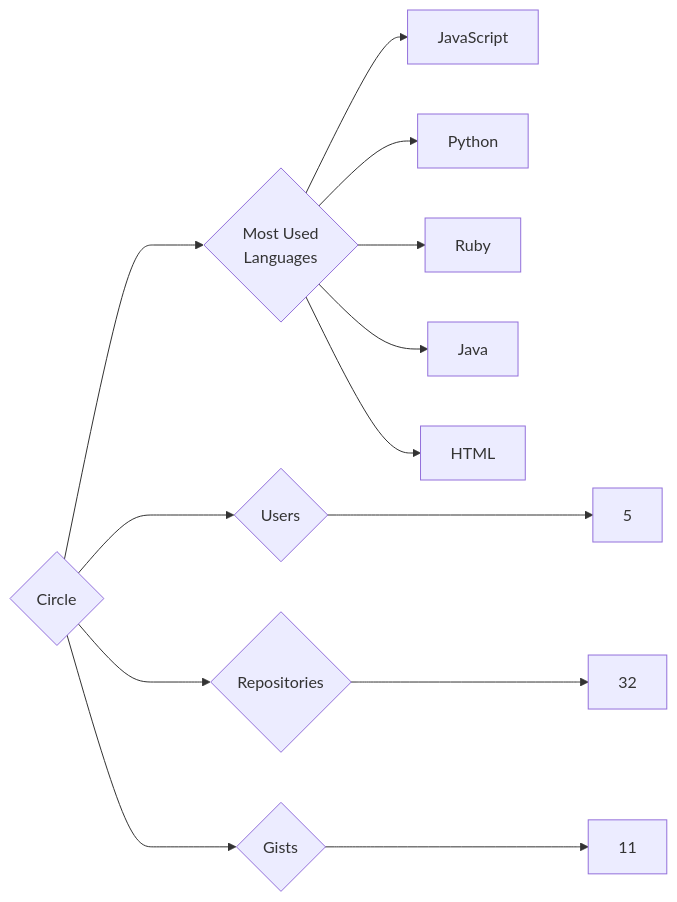
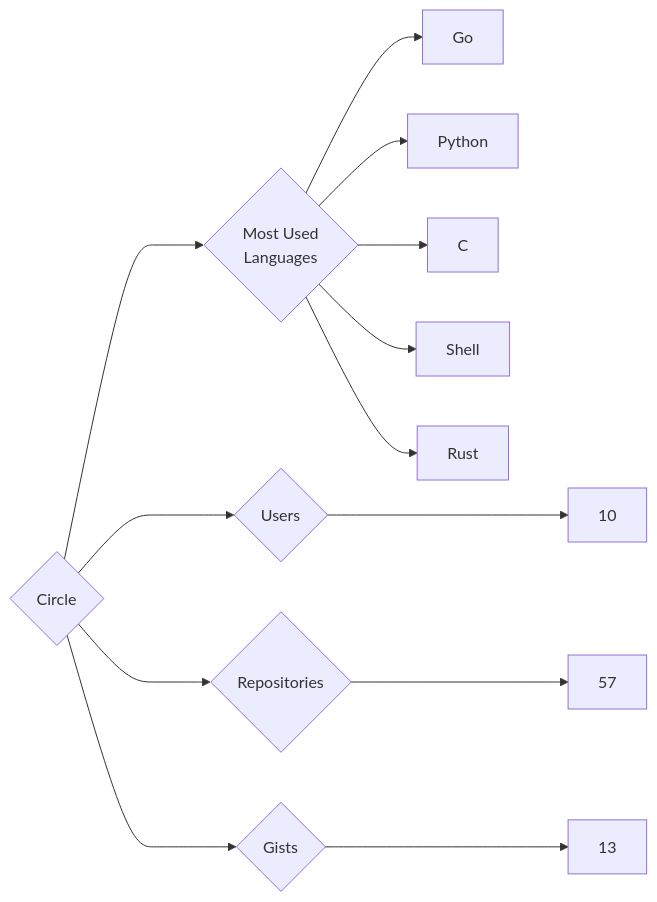
The diagram in targets/Circle/README.md (trickest/insiders), drawn with Mermaid before and after one commit. The commit also changed 1314 other files, not shown here.

````diff
--- a/targets/Circle/README.md
+++ b/targets/Circle/README.md
@@ -3,13 +3,13 @@
 ```mermaid
 graph LR
 COMPANY_NAME{Circle}
-COMPANY_NAME ---> U{Users} ---> UN[5]
-COMPANY_NAME ---> R{Repositories} ---> RN[32]
-COMPANY_NAME ---> G{Gists} ---> GN[11]
+COMPANY_NAME ---> U{Users} ---> UN[10]
+COMPANY_NAME ---> R{Repositories} ---> RN[57]
+COMPANY_NAME ---> G{Gists} ---> GN[13]
 COMPANY_NAME ---> ML{Most Used<br>Languages}
-ML --> JavaScript[JavaScript]
+ML --> Go[Go]
 ML --> Python[Python]
-ML --> Ruby[Ruby]
-ML --> Java[Java]
-ML --> HTML[HTML]
+ML --> C[C]
+ML --> Shell[Shell]
+ML --> Rust[Rust]
 ```
````
